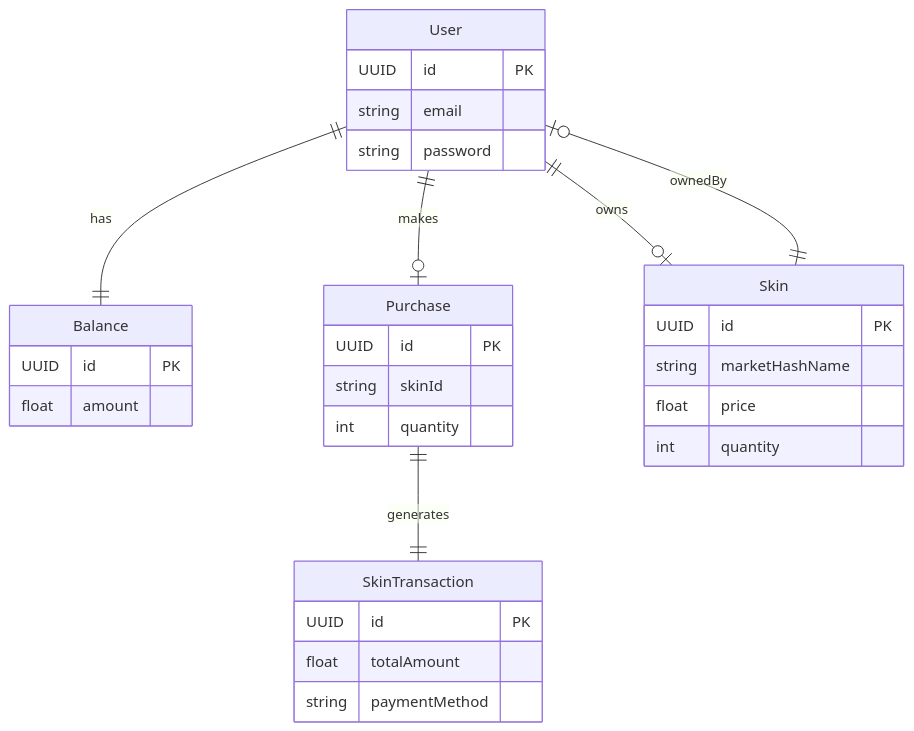
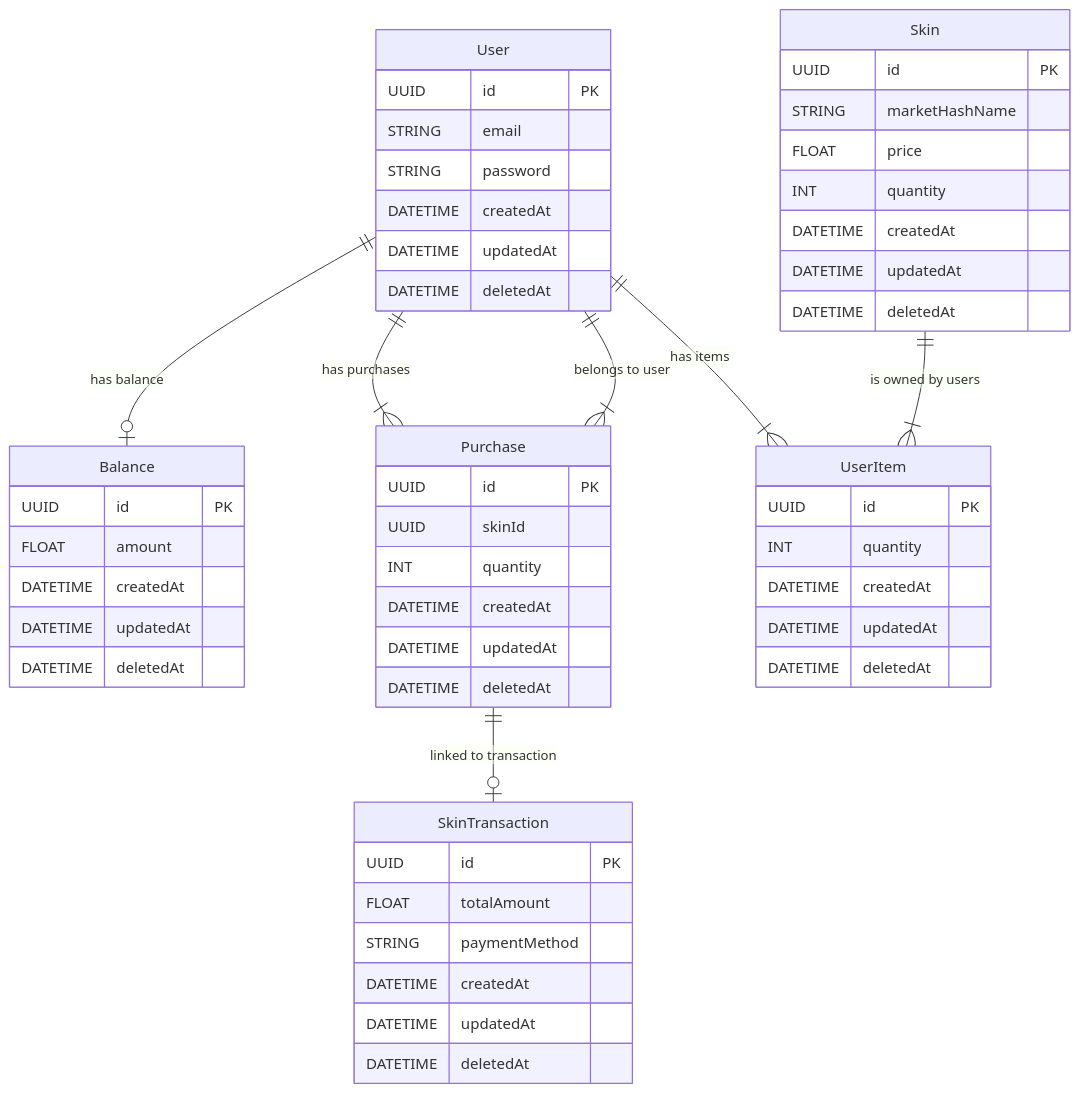
The diagram in README.md (yelyaman/data-louna-demo), drawn with Mermaid before and after one commit. The commit also changed other lines of this file and 9 other files, not shown here.

````diff
--- a/README.md
+++ b/README.md
@@ -128,38 +33,57 @@
 ```mermaid
 erDiagram
     User {
         UUID id PK
-        string email
-        string password
+        STRING email
+        STRING password
+        DATETIME createdAt
+        DATETIME updatedAt
+        DATETIME deletedAt
     }
-    
     Balance {
         UUID id PK
-        float amount
+        FLOAT amount
+        DATETIME createdAt
+        DATETIME updatedAt
+        DATETIME deletedAt
+    }
+    Purchase {
+        UUID id PK
+        UUID skinId
+        INT quantity
+        DATETIME createdAt
+        DATETIME updatedAt
+        DATETIME deletedAt
+    }
+    Skin {
+        UUID id PK
+        STRING marketHashName
+        FLOAT price
+        INT quantity
+        DATETIME createdAt
+        DATETIME updatedAt
+        DATETIME deletedAt
+    }
+    SkinTransaction {
+        UUID id PK
+        FLOAT totalAmount
+        STRING paymentMethod
+        DATETIME createdAt
+        DATETIME updatedAt
+        DATETIME deletedAt
+    }
+    UserItem {
+        UUID id PK
+        INT quantity
+        DATETIME createdAt
+        DATETIME updatedAt
+        DATETIME deletedAt
     }
 
-    Purchase {
-        UUID id PK
-        string skinId
-        int quantity
-    }
-
-    Skin {
-        UUID id PK
-        string marketHashName
-        float price
-        int quantity
-    }
-
-    SkinTransaction {
-        UUID id PK
-        float totalAmount
-        string paymentMethod
-    }
-
-    User ||--|| Balance : has
-    User ||--o| Purchase : makes
-    User ||--o| Skin : owns
-    Purchase ||--|| SkinTransaction : generates
-    Skin ||--o| User : ownedBy
+    User ||--|{ Purchase : "has purchases"
+    User ||--o| Balance : "has balance"
+    User ||--|{ UserItem : "has items"
+    Purchase ||--o| SkinTransaction : "linked to transaction"
+    Purchase }|--|| User : "belongs to user"
+    Skin ||--|{ UserItem : "is owned by users"
 ```
````
